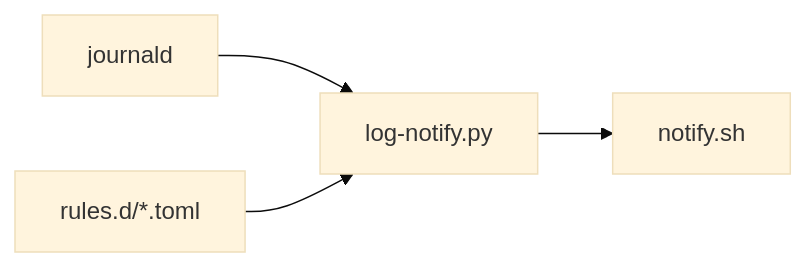
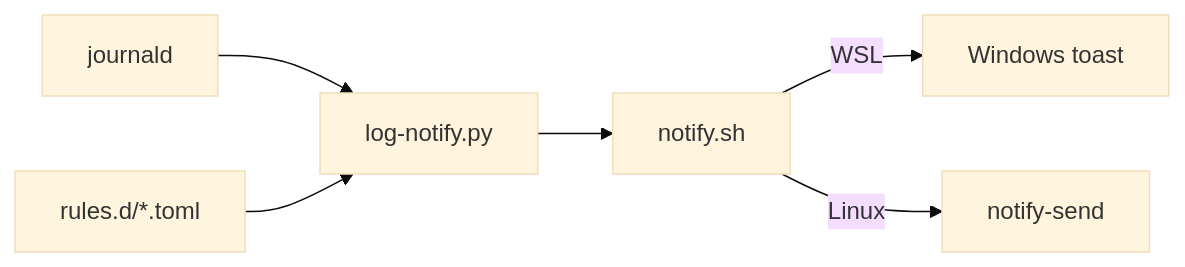
The diagram in docs/log-notify.md (specter119/quadlet-homelab), drawn with Mermaid (base theme) before and after one commit. The commit also changed other lines of this file and 2 other files, not shown here.

Commit message:
feat(log-notify): let rules choose the text copied on toast click

````diff
--- a/docs/log-notify.md
+++ b/docs/log-notify.md
@@ -5,6 +5,8 @@
 ```mermaid
 flowchart LR
   J[journald] --> W[log-notify.py]
   R[rules.d/*.toml] --> W
   W --> N[notify.sh]
+  N -->|WSL| T[Windows toast]
+  N -->|Linux| L[notify-send]
 ```
````
